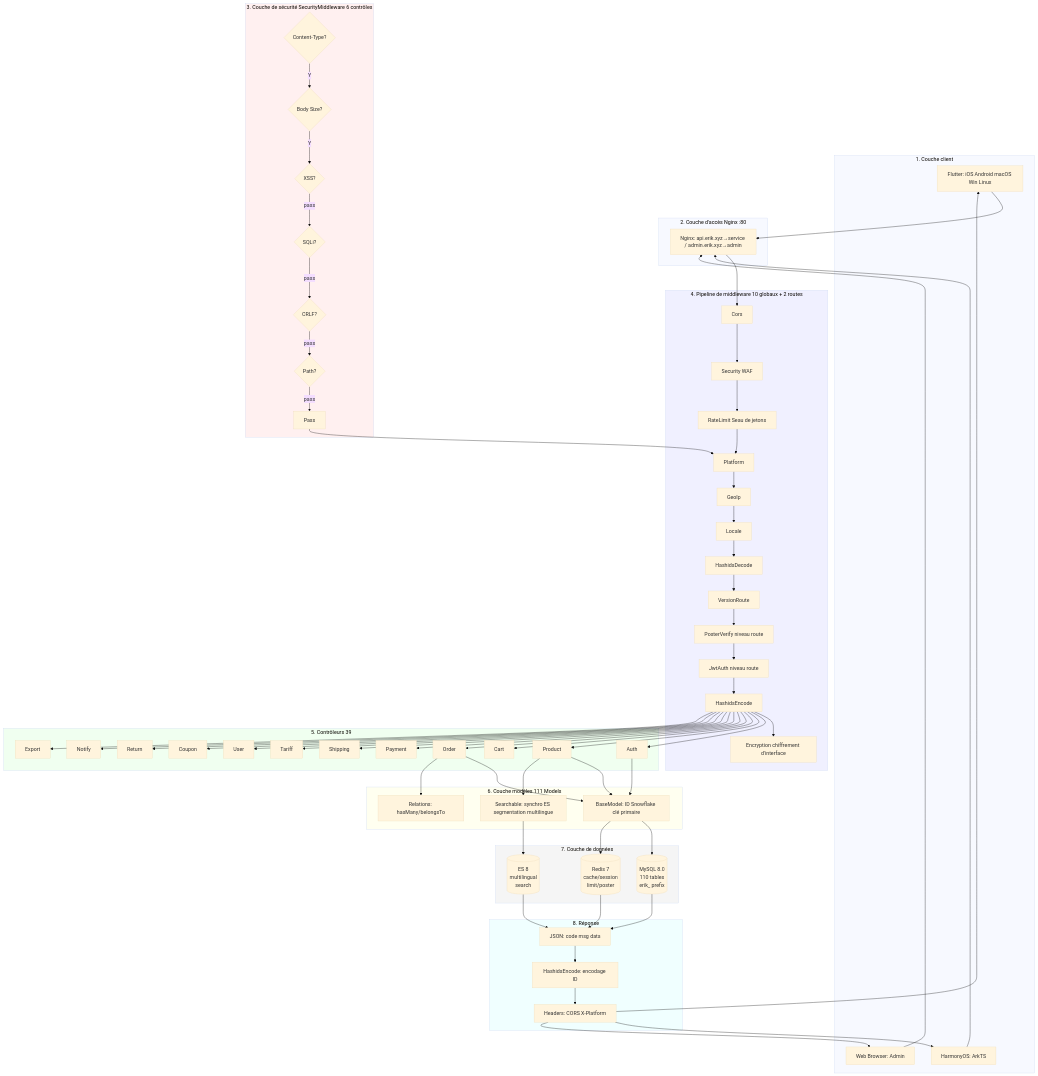
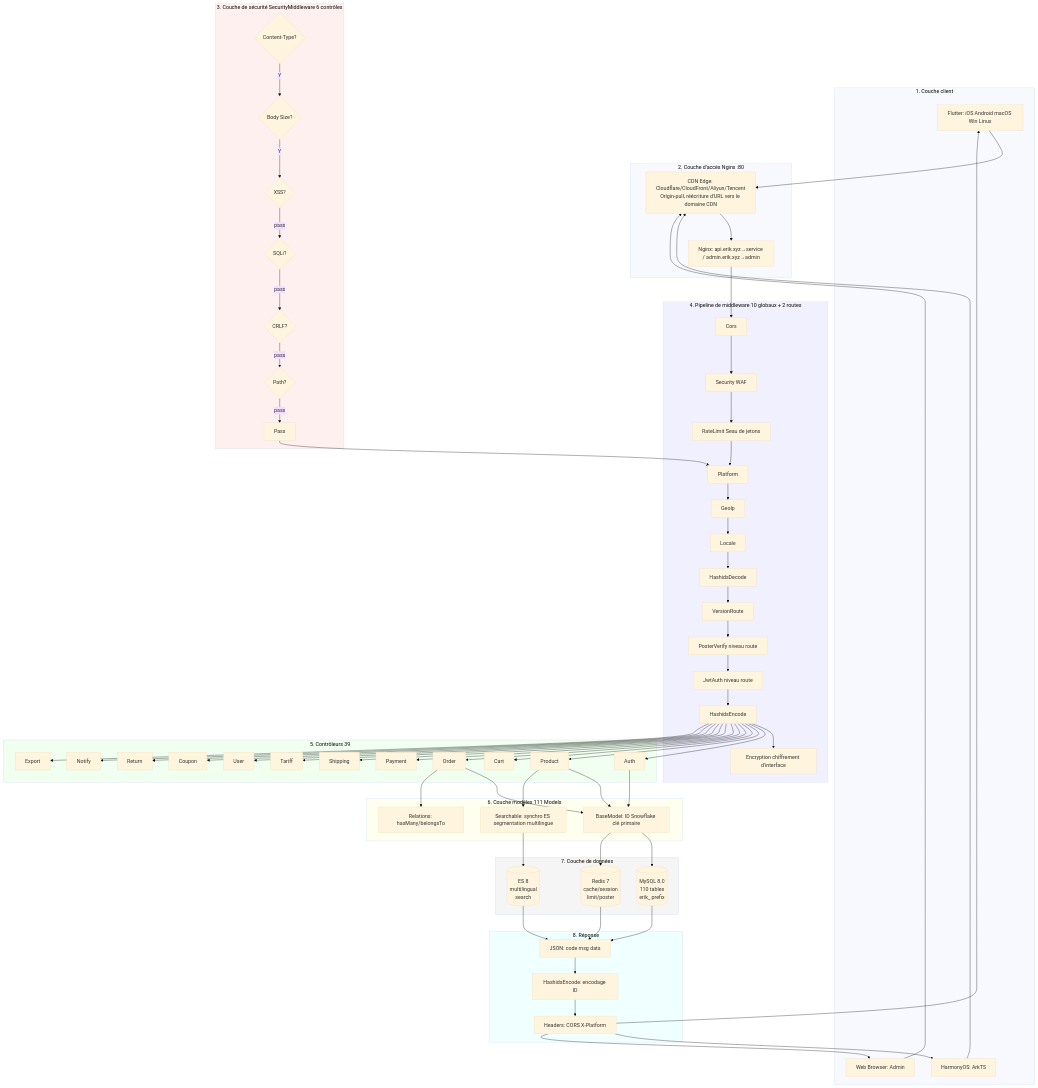
The second of 6 diagrams in docs/i18n/fr/architecture-full.md (erikwang2013/erik-shop), drawn with Mermaid (base theme) before and after one commit. The commit also changed other lines of this file and 191 other files, not shown here.

First line of the commit message:
v1.2.0：CDN 内容分发接入（Origin-Pull 回源 + 四大云厂商适配 + 管理端配置/刷新/日志 + 上传持久化 + 全文档与12语言i18n同步 + Crypto 捐赠图文入库）

````diff
--- a/docs/i18n/fr/architecture-full.md
+++ b/docs/i18n/fr/architecture-full.md
@@ -71,73 +75,75 @@
 ```mermaid
 graph TB
     subgraph Clients["1. Couche client"]
         FL[Flutter: iOS Android macOS Win Linux]
         HM[HarmonyOS: ArkTS]
         WB[Web Browser: Admin]
     end
     subgraph Gateway["2. Couche d'accès Nginx :80"]
+        CD[CDN Edge: Cloudflare/CloudFront/Aliyun/Tencent<br/>Origin-pull, réécriture d'URL vers le domaine CDN]
         NG[Nginx: api.erik.xyz→service / admin.erik.xyz→admin]
     end
     subgraph Security["3. Couche de sécurité SecurityMiddleware 6 contrôles"]
         CT{Content-Type?} -->|Y| BS{Body Size?}
         BS -->|Y| XS{XSS?}
         XS -->|pass| SQ{SQLi?}
         SQ -->|pass| CR{CRLF?}
         CR -->|pass| PT{Path?}
         PT -->|pass| PASS[Pass]
     end
     subgraph Pipeline["4. Pipeline de middleware 10 globaux + 2 routes"]
         CORS[Cors] --> SEC[Security WAF]
         SEC --> RATE[RateLimit Seau de jetons]
         RATE --> PLAT[Platform]
         PLAT --> GEO[GeoIp]
         GEO --> LOC[Locale]
         LOC --> HDEC[HashidsDecode]
         HDEC --> VER[VersionRoute]
         VER --> POSTV[PosterVerify niveau route]
         POSTV --> JWT[JwtAuth niveau route]
         JWT --> HENC[HashidsEncode]
         HENC --> ENC[Encryption chiffrement d'interface]
     end
     subgraph Controllers["5. Contrôleurs 39"]
         AUTH[Auth] & PROD[Product] & CART[Cart]
         ORD[Order] & PAY[Payment] & SHIP[Shipping]
         TARI[Tariff] & USER[User] & COUP[Coupon]
         RET[Return] & NOTI[Notify] & EXPORT[Export]
     end
     subgraph Models["6. Couche modèles 111 Models"]
         BM[BaseModel: ID Snowflake clé primaire]
         REL[Relations: hasMany/belongsTo]
         SRCH[Searchable: synchro ES segmentation multilingue]
     end
     subgraph Data["7. Couche de données"]
         MySQL[(MySQL 8.0<br/>110 tables<br/>erik_ prefix)]
         Redis[(Redis 7<br/>cache/session<br/>limit/poster)]
         ES[(ES 8<br/>multilingual<br/>search)]
     end
     subgraph Response["8. Réponse"]
         JSON[JSON: code msg data]
         OUTENC[HashidsEncode: encodage ID]
         HEADERS[Headers: CORS X-Platform]
     end
 
-    FL & HM & WB --> NG
+    FL & HM & WB --> CD
+    CD --> NG
     NG --> CORS
     PASS --> PLAT
     HENC --> AUTH & PROD & CART & ORD & PAY & SHIP & TARI & USER & COUP & RET & NOTI & EXPORT
     AUTH & PROD & ORD --> BM
     ORD --> REL
     PROD --> SRCH
     BM --> MySQL & Redis
     SRCH --> ES
     MySQL & Redis & ES --> JSON
     JSON --> OUTENC --> HEADERS
     HEADERS --> FL & HM & WB
 
     style Security fill:#fff0f0
     style Pipeline fill:#f0f0ff
     style Controllers fill:#f0fff0
     style Models fill:#fffff0
     style Data fill:#f5f5f5
     style Response fill:#f0ffff
 ```
````
